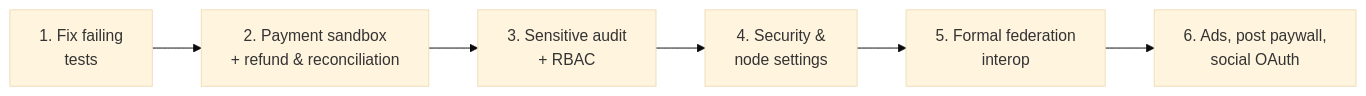
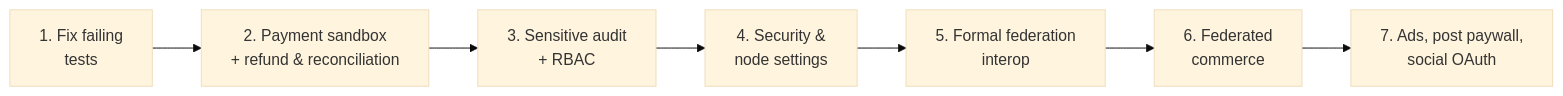
Before and after one commit to kukuhtw/fpdp: the second of 2 diagrams in documentation/PROGRESS-REPORT.en.md, drawn with Mermaid (base theme). The commit also changed other lines of this file and 5 other files, not shown here.

Commit message:
docs: update progress report and roadmap to reflect changes for Phase 7 - Federated Commerce

````diff
--- a/documentation/PROGRESS-REPORT.en.md
+++ b/documentation/PROGRESS-REPORT.en.md
@@ -206,8 +207,9 @@
 ```mermaid
 flowchart LR
     A["1. Fix failing<br/>tests"] --> B["2. Payment sandbox<br/>+ refund & reconciliation"]
     B --> C["3. Sensitive audit<br/>+ RBAC"]
     C --> D["4. Security &<br/>node settings"]
     D --> E["5. Formal federation<br/>interop"]
-    E --> F["6. Ads, post paywall,<br/>social OAuth"]
+    E --> G["6. Federated<br/>commerce"]
+    G --> F["7. Ads, post paywall,<br/>social OAuth"]
 ```
````
